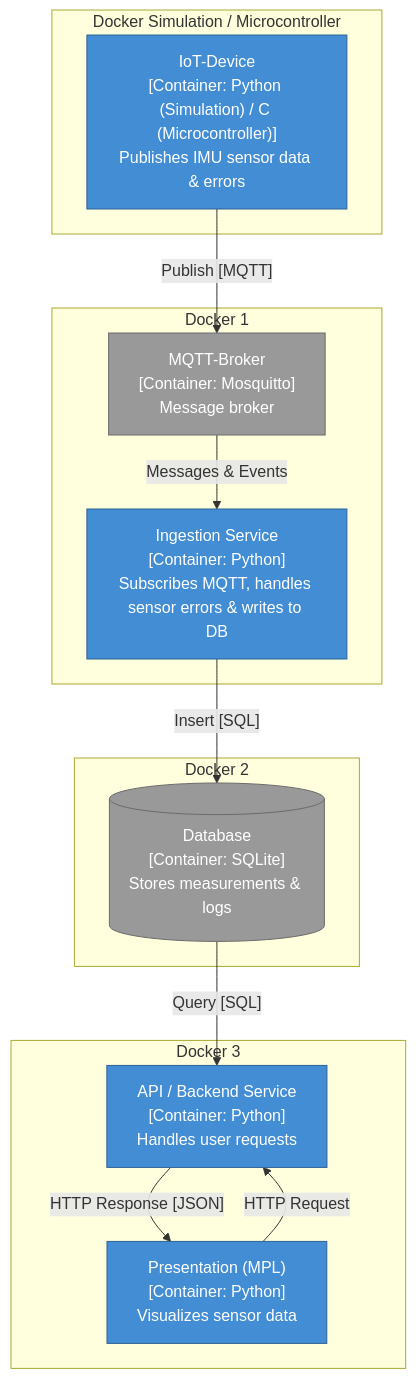
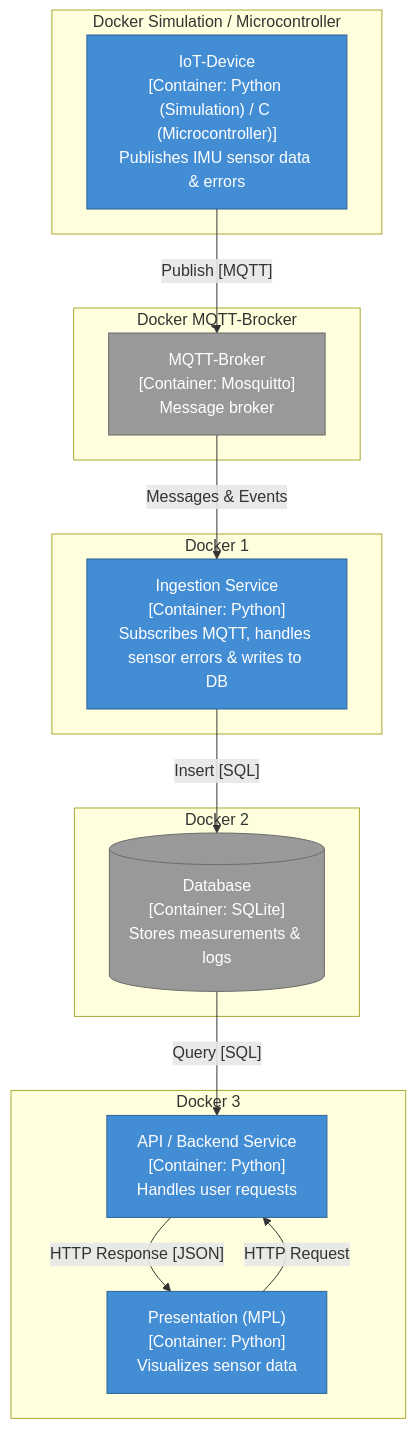
Before and after one commit to schusim/SW_engineeringProject: the second of 5 diagrams in docs/architecture.md, drawn with Mermaid. The commit also changed other lines of this file, not shown here.

Commit message:
docs[Architecture]: adjust docker in c4 diagramm

````diff
--- a/docs/architecture.md
+++ b/docs/architecture.md
@@ -26,32 +26,35 @@
 ```mermaid
 flowchart TB
     subgraph Microcontroller ["Docker Simulation / Microcontroller"]
         iot["IoT-Device<br/>[Container: Python (Simulation) / C (Microcontroller)]<br/>Publishes IMU sensor data & errors"]
     end
     
     subgraph docker1 ["Docker 1"]
+        collector["Ingestion Service<br/>[Container: Python]<br/>Subscribes MQTT, handles sensor errors & writes to DB"]
+    end
+
+    subgraph docker_mqtt ["Docker MQTT-Brocker"]
         mqtt["MQTT-Broker<br/>[Container: Mosquitto]<br/>Message broker"]
-        collector["Ingestion Service<br/>[Container: Python]<br/>Subscribes MQTT, handles sensor errors & writes to DB"]
     end
 
     subgraph docker2 ["Docker 2"]
         db[("Database<br/>[Container: SQLite]<br/>Stores measurements & logs")]
     end
 
     subgraph docker3 ["Docker 3"]
         api["API / Backend Service<br/>[Container: Python]<br/>Handles user requests"]
         present["Presentation (MPL)<br/>[Container: Python]<br/>Visualizes sensor data"]
     end
 
     iot -->|"Publish [MQTT]"| mqtt
     mqtt -->|"Messages & Events"| collector
     collector -->|"Insert [SQL]"| db
     db -->|"Query [SQL]"| api
     present -->|"HTTP Request"| api
     api -->|"HTTP Response [JSON]"| present
 
     classDef container fill:#438dd5,stroke:#2e6295,color:#ffffff
     classDef external fill:#999999,stroke:#6b6b6b,color:#ffffff
     class iot,collector,api,present container
     class mqtt,db external
 ```
````
